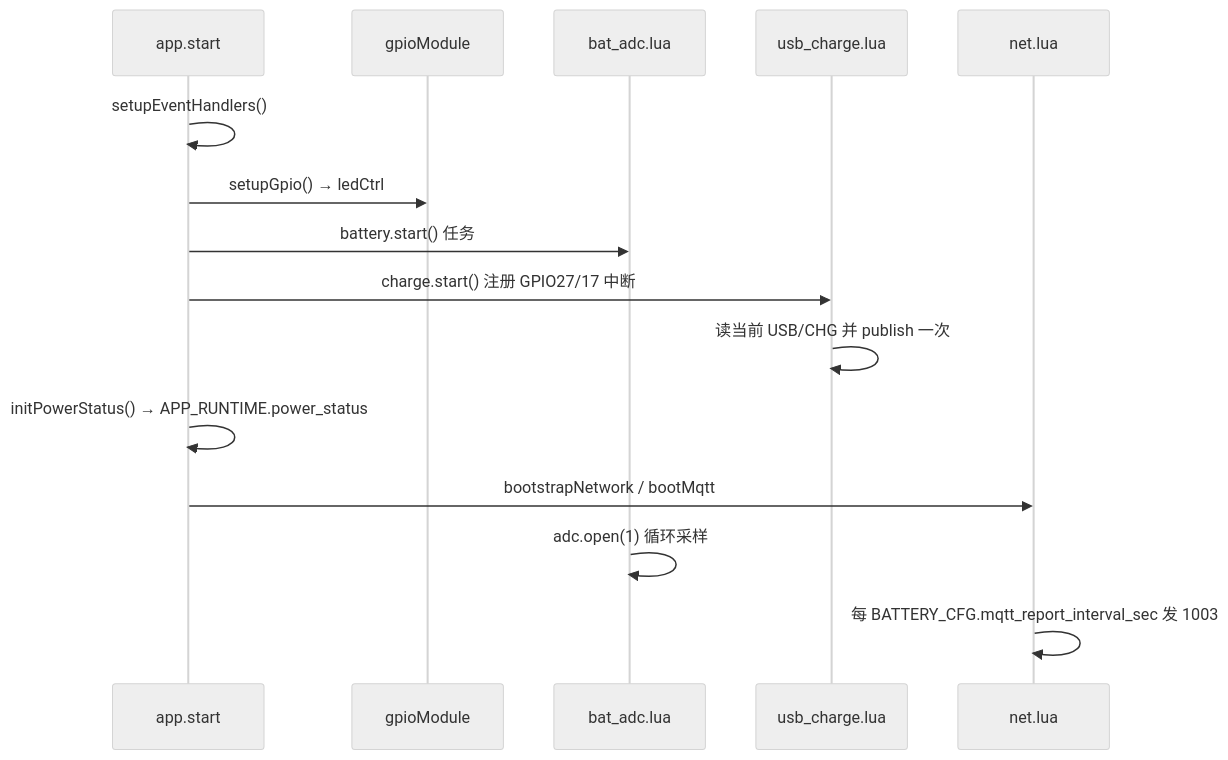
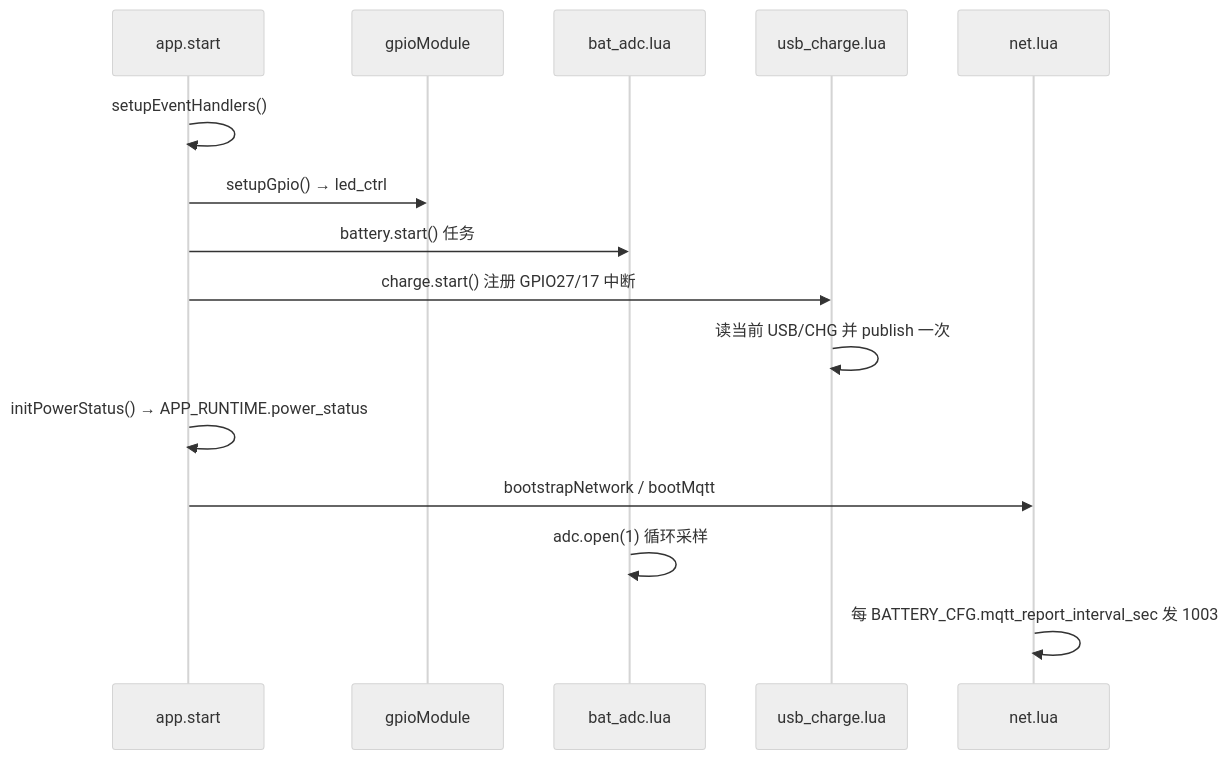
The second of 4 diagrams in doc/CHARGE_BATTERY.md (dzr1986/AIR780EHM), drawn with Mermaid (neutral theme) before and after one commit. The commit also changed other lines of this file and 40 other files, not shown here.

````diff
--- a/doc/CHARGE_BATTERY.md
+++ b/doc/CHARGE_BATTERY.md
@@ -156,18 +156,18 @@
 ```mermaid
 sequenceDiagram
     participant APP as app.start
     participant GPIO as gpioModule
     participant BAT as bat_adc.lua
     participant CHG as usb_charge.lua
     participant NET as net.lua
 
     APP->>APP: setupEventHandlers()
-    APP->>GPIO: setupGpio() → ledCtrl
+    APP->>GPIO: setupGpio() → led_ctrl
     APP->>BAT: battery.start() 任务
     APP->>CHG: charge.start() 注册 GPIO27/17 中断
     CHG->>CHG: 读当前 USB/CHG 并 publish 一次
     APP->>APP: initPowerStatus() → APP_RUNTIME.power_status
     APP->>NET: bootstrapNetwork / bootMqtt
     BAT->>BAT: adc.open(1) 循环采样
     NET->>NET: 每 BATTERY_CFG.mqtt_report_interval_sec 发 1003
 ```
````
